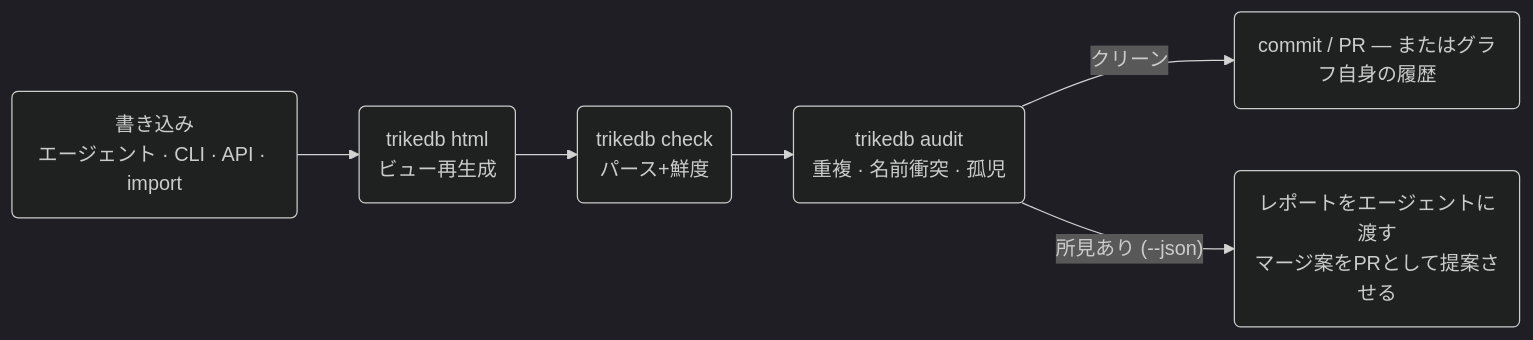
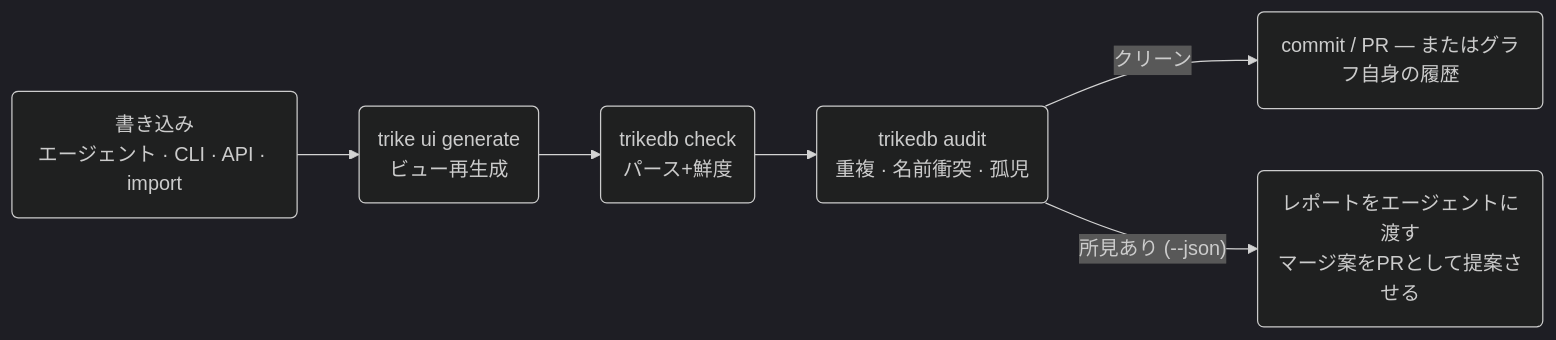
The second of 2 diagrams in docs/REFERENCE_jp.md (RyutoYoda/trikedb), drawn with Mermaid (dark theme) before and after one commit. The commit also changed other lines of this file and 10 other files, not shown here.

First line of the commit message:
Release: 0.33.0 — 書き出しを `trike ui generate` に移した

````diff
--- a/docs/REFERENCE_jp.md
+++ b/docs/REFERENCE_jp.md
@@ -779,8 +779,8 @@
 ```mermaid
 flowchart LR
-    E("書き込み<br/>エージェント · CLI · API · import") --> G("trikedb html<br/>ビュー再生成")
+    E("書き込み<br/>エージェント · CLI · API · import") --> G("trike ui generate<br/>ビュー再生成")
     G --> C("trikedb check<br/>パース+鮮度")
     C --> A("trikedb audit<br/>重複 · 名前衝突 · 孤児")
     A -->|クリーン| PR("commit / PR — またはグラフ自身の履歴")
     A -->|"所見あり (--json)"| LLM("レポートをエージェントに渡す<br/>マージ案をPRとして提案させる")
 ```
````
